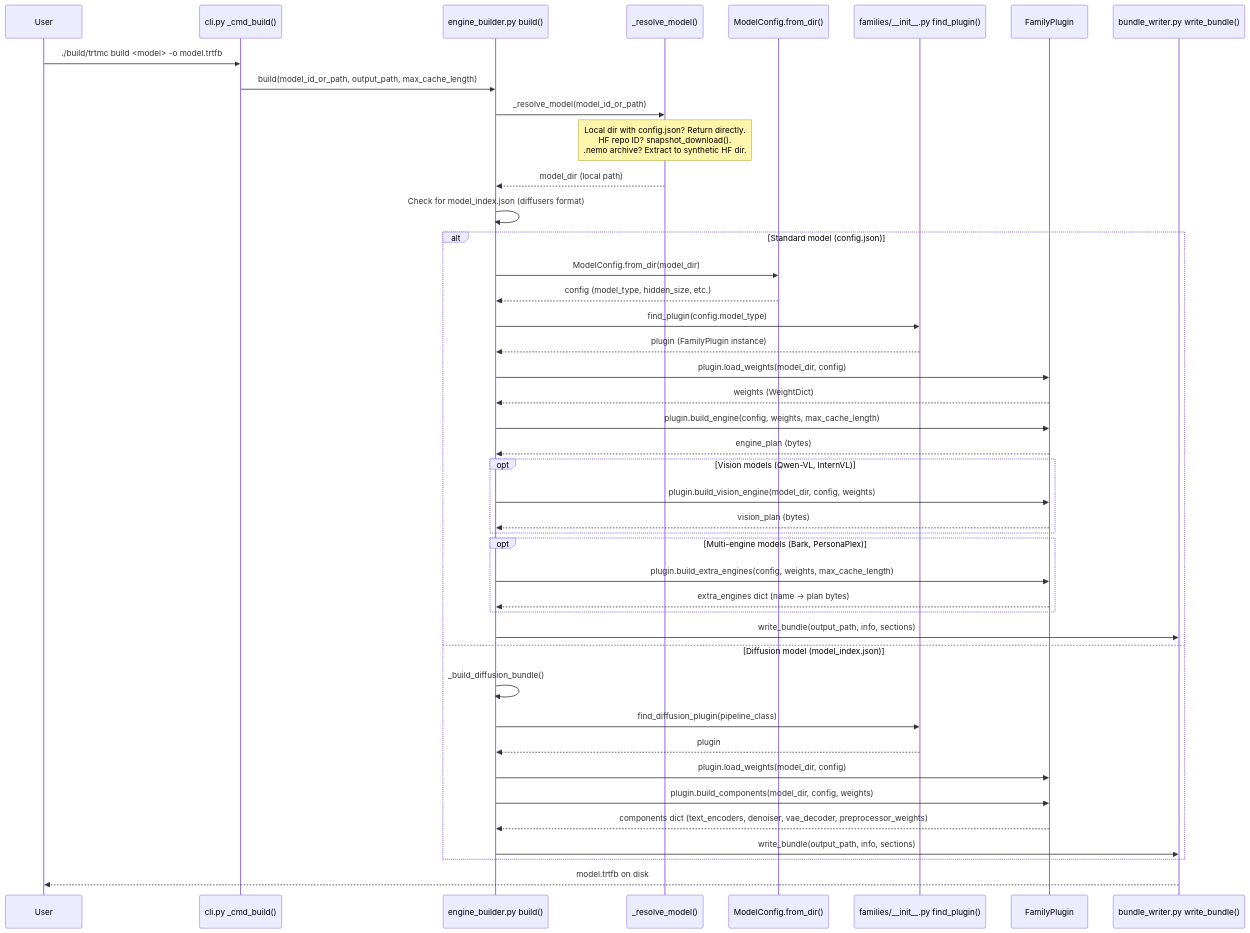
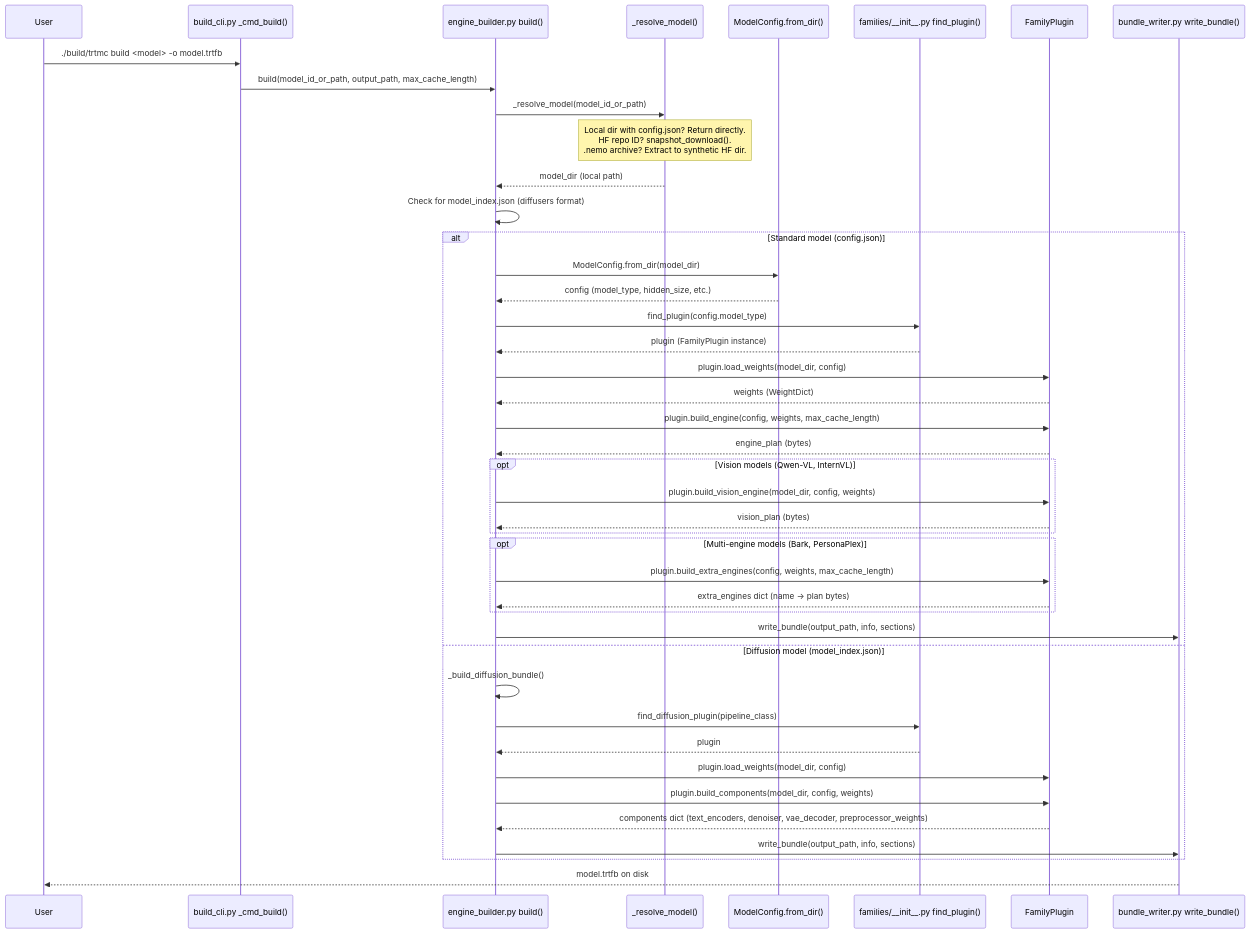
The first of 8 diagrams in website/docs/wiki/Dynamic-Design.md (NVIDIA/TensorRT-Model-Connect), drawn with Mermaid before and after one commit. The commit also changed other lines of this file and 30 other files, not shown here.

````diff
--- a/website/docs/wiki/Dynamic-Design.md
+++ b/website/docs/wiki/Dynamic-Design.md
@@ -27,46 +27,46 @@
 ```mermaid
 sequenceDiagram
     participant User
-    participant CLI as cli.py _cmd_build()
+    participant CLI as build_cli.py _cmd_build()
     participant EB as engine_builder.py build()
     participant Resolve as _resolve_model()
     participant Config as ModelConfig.from_dir()
     participant Families as families/__init__.py find_plugin()
     participant Plugin as FamilyPlugin
     participant Writer as bundle_writer.py write_bundle()
 
     User->>CLI: ./build/trtmc build <model> -o model.trtfb
     CLI->>EB: build(model_id_or_path, output_path, max_cache_length)
     EB->>Resolve: _resolve_model(model_id_or_path)
     Note over Resolve: Local dir with config.json? Return directly.<br/>HF repo ID? snapshot_download().<br/>.nemo archive? Extract to synthetic HF dir.
     Resolve-->>EB: model_dir (local path)
     EB->>EB: Check for model_index.json (diffusers format)
     alt Standard model (config.json)
         EB->>Config: ModelConfig.from_dir(model_dir)
         Config-->>EB: config (model_type, hidden_size, etc.)
         EB->>Families: find_plugin(config.model_type)
         Families-->>EB: plugin (FamilyPlugin instance)
         EB->>Plugin: plugin.load_weights(model_dir, config)
         Plugin-->>EB: weights (WeightDict)
         EB->>Plugin: plugin.build_engine(config, weights, max_cache_length)
         Plugin-->>EB: engine_plan (bytes)
         opt Vision models (Qwen-VL, InternVL)
             EB->>Plugin: plugin.build_vision_engine(model_dir, config, weights)
             Plugin-->>EB: vision_plan (bytes)
         end
         opt Multi-engine models (Bark, PersonaPlex)
             EB->>Plugin: plugin.build_extra_engines(config, weights, max_cache_length)
             Plugin-->>EB: extra_engines dict (name -> plan bytes)
         end
         EB->>Writer: write_bundle(output_path, info, sections)
     else Diffusion model (model_index.json)
         EB->>EB: _build_diffusion_bundle()
         EB->>Families: find_diffusion_plugin(pipeline_class)
         Families-->>EB: plugin
         EB->>Plugin: plugin.load_weights(model_dir, config)
         EB->>Plugin: plugin.build_components(model_dir, config, weights)
         Plugin-->>EB: components dict (text_encoders, denoiser, vae_decoder, preprocessor_weights)
         EB->>Writer: write_bundle(output_path, info, sections)
     end
     Writer-->>User: model.trtfb on disk
 ```
````
